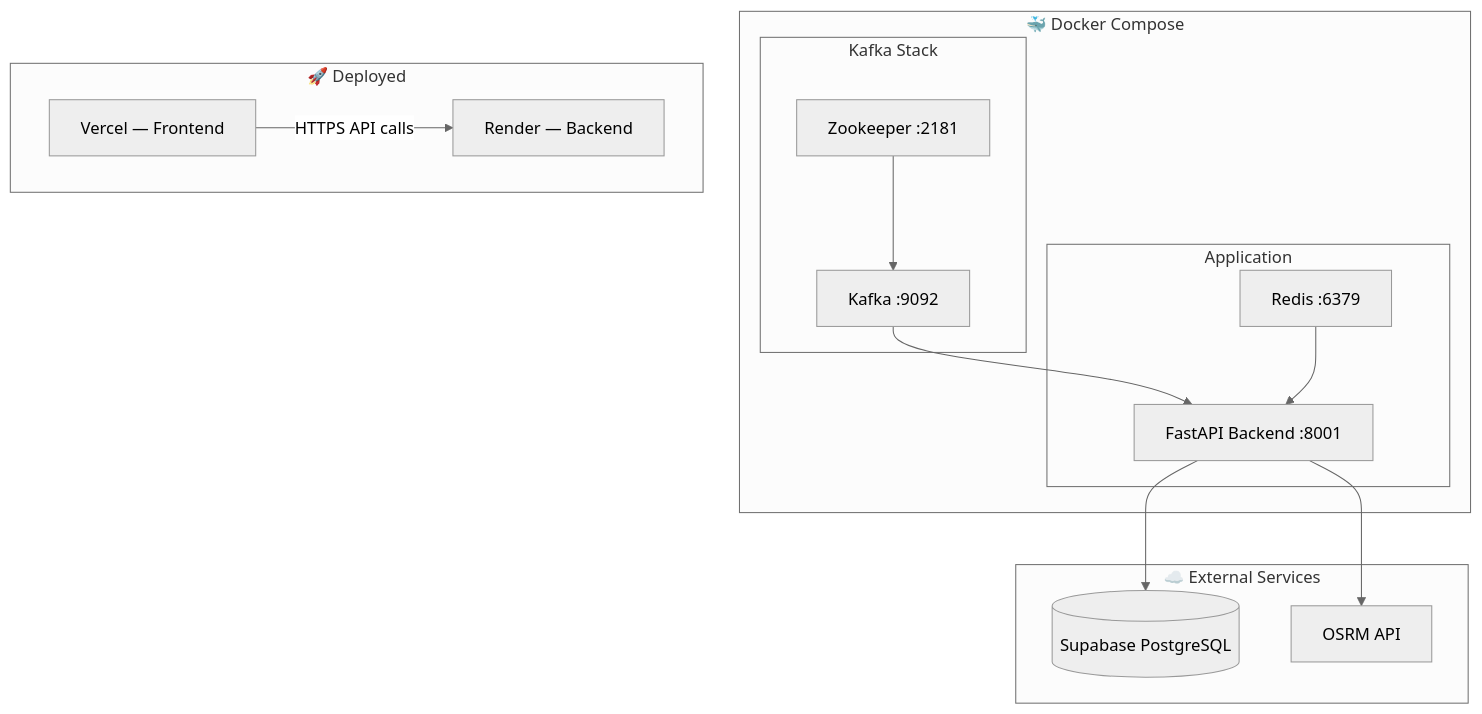
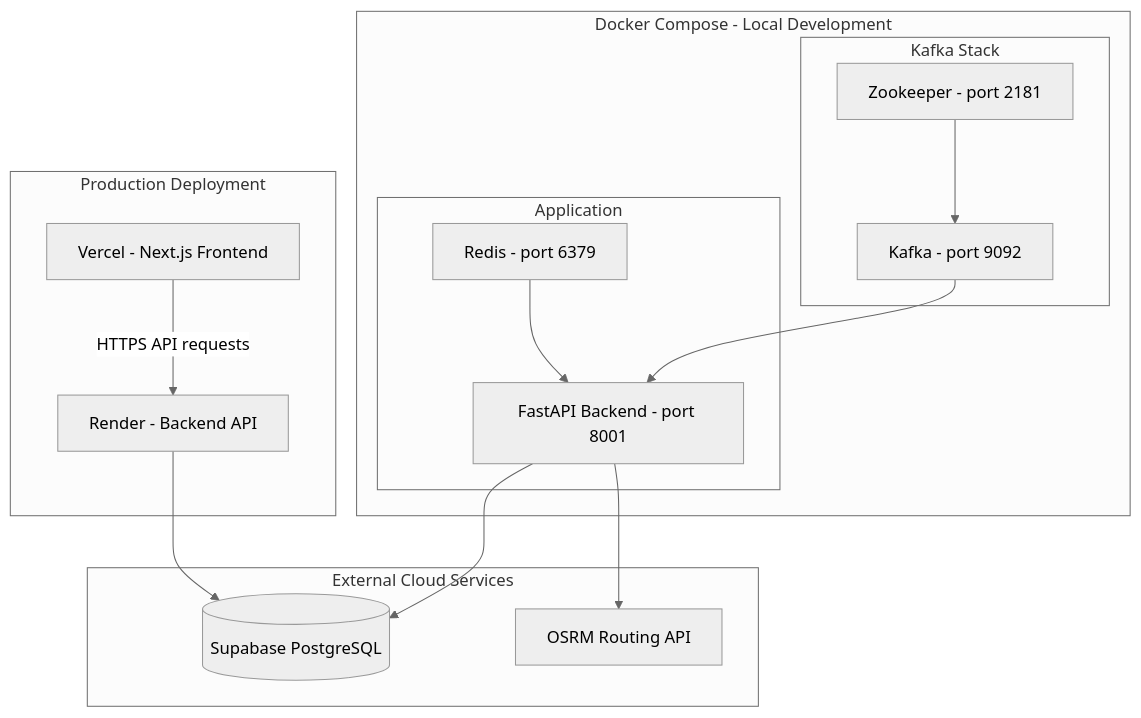
One commit to RAJ-ARYAN-NITK/martensite changed the tenth of 10 diagrams in README.md. Above: the diagram before and after it, drawn with Mermaid (neutral theme). The commit also changed other lines of this file, not shown here.

````diff
--- a/README.md
+++ b/README.md
@@ -391,32 +361,33 @@
 ```mermaid
 graph TB
-    subgraph Docker["🐳 Docker Compose"]
-        subgraph Kafka_Stack["Kafka Stack"]
-            ZK[Zookeeper :2181]
-            KF[Kafka :9092]
+    subgraph DockerCompose["Docker Compose - Local Development"]
+        subgraph KafkaStack["Kafka Stack"]
+            ZK["Zookeeper - port 2181"]
+            KF["Kafka - port 9092"]
             ZK --> KF
         end
 
-        subgraph App["Application"]
-            BE[FastAPI Backend :8001]
-            RD[Redis :6379]
+        subgraph AppStack["Application"]
+            BE["FastAPI Backend - port 8001"]
+            RD["Redis - port 6379"]
         end
 
         KF --> BE
         RD --> BE
     end
 
-    subgraph External_Services["☁️ External Services"]
-        SB[(Supabase PostgreSQL)]
-        OSRM_EXT[OSRM API]
+    subgraph CloudServices["External Cloud Services"]
+        SB[("Supabase PostgreSQL")]
+        OSRM_EXT["OSRM Routing API"]
     end
 
     BE --> SB
     BE --> OSRM_EXT
 
-    subgraph Deploy["🚀 Deployed"]
-        RENDER[Render — Backend]
-        VERCEL[Vercel — Frontend]
-        VERCEL -->|HTTPS API calls| RENDER
+    subgraph Production["Production Deployment"]
+        RENDER["Render - Backend API"]
+        VERCEL["Vercel - Next.js Frontend"]
+        VERCEL -->|"HTTPS API requests"| RENDER
+        RENDER --> SB
     end
 ```
````
